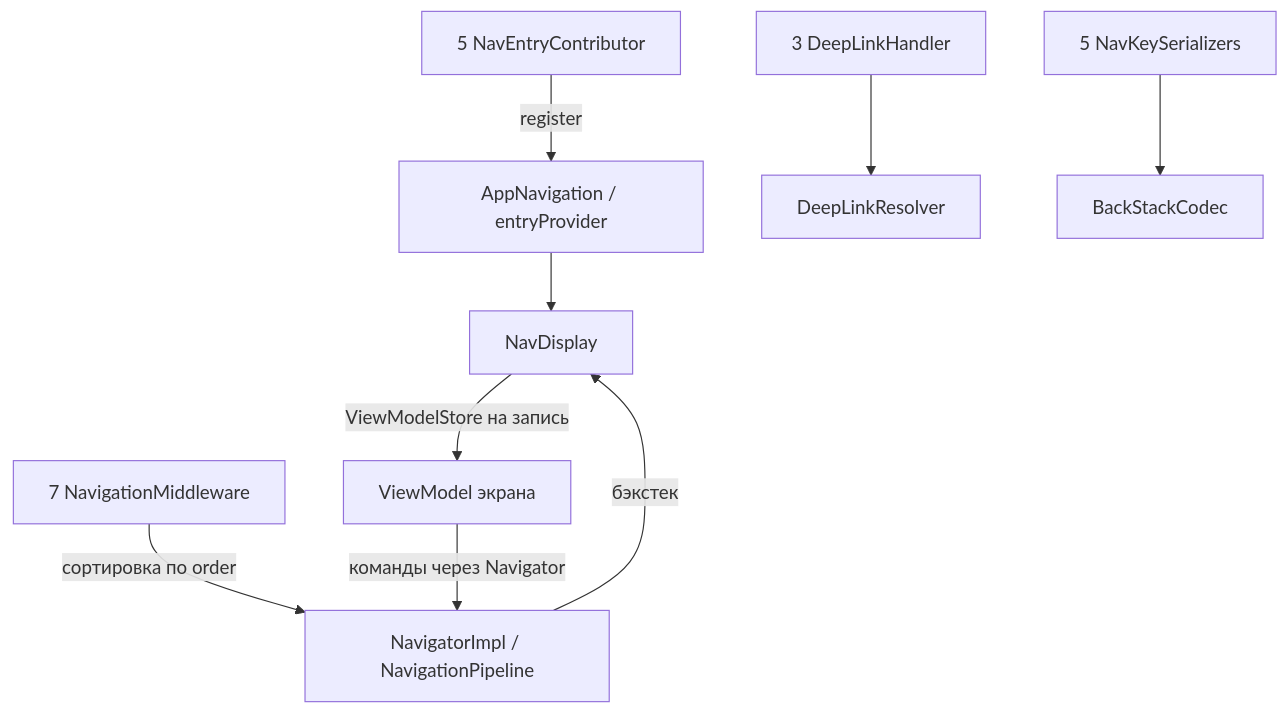
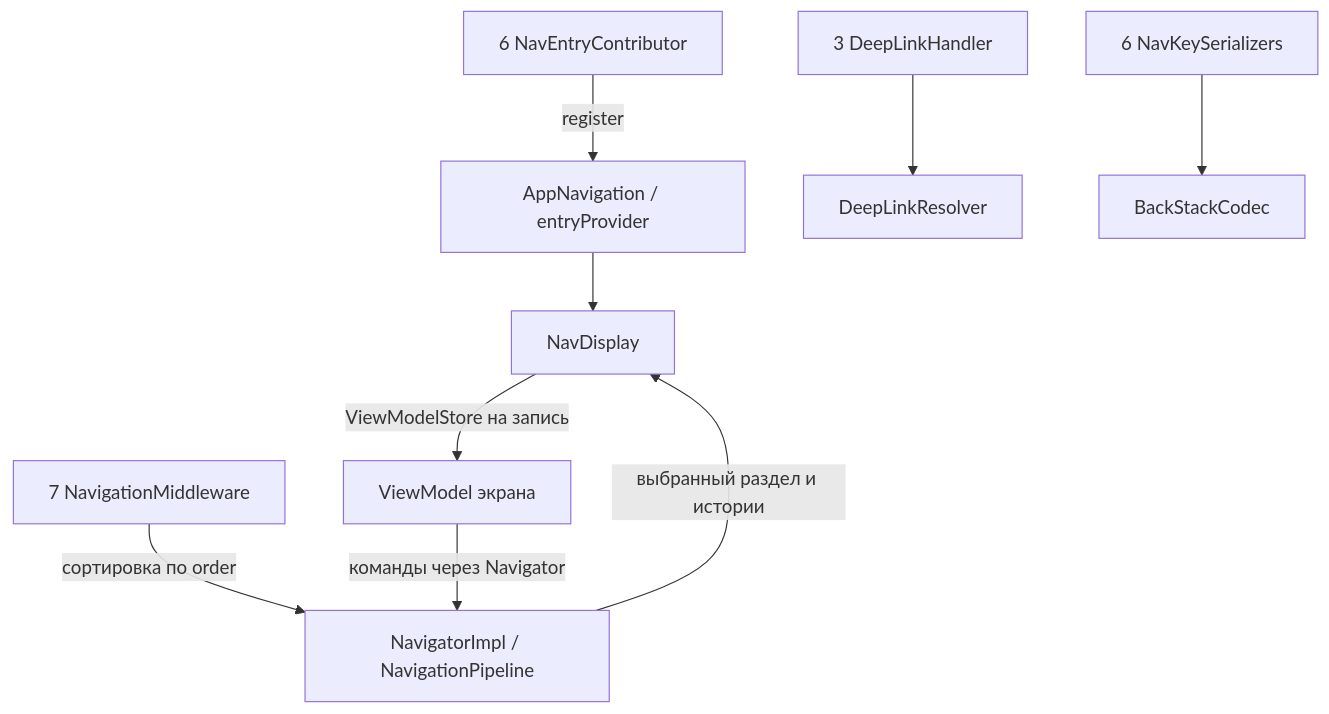
One commit to akma302/NavPlayground changed the diagram in docs/di/README.md. Above: the diagram before and after it, drawn with Mermaid. The commit also changed other lines of this file and 9 other files, not shown here.

````diff
--- a/docs/di/README.md
+++ b/docs/di/README.md
@@ -19,11 +19,11 @@
 ```mermaid
 flowchart TB
-    Entries["5 NavEntryContributor"] -->|register| UI["AppNavigation / entryProvider"]
+    Entries["6 NavEntryContributor"] -->|register| UI["AppNavigation / entryProvider"]
     Middlewares["7 NavigationMiddleware"] -->|сортировка по order| Navigator["NavigatorImpl / NavigationPipeline"]
     Handlers["3 DeepLinkHandler"] --> Resolver["DeepLinkResolver"]
-    Serializers["5 NavKeySerializers"] --> Codec["BackStackCodec"]
+    Serializers["6 NavKeySerializers"] --> Codec["BackStackCodec"]
     UI --> Display["NavDisplay"]
-    Navigator -->|бэкстек| Display
+    Navigator -->|выбранный раздел и истории| Display
     Display -->|ViewModelStore на запись| VM["ViewModel экрана"]
     VM -->|команды через Navigator| Navigator
 ```
````
